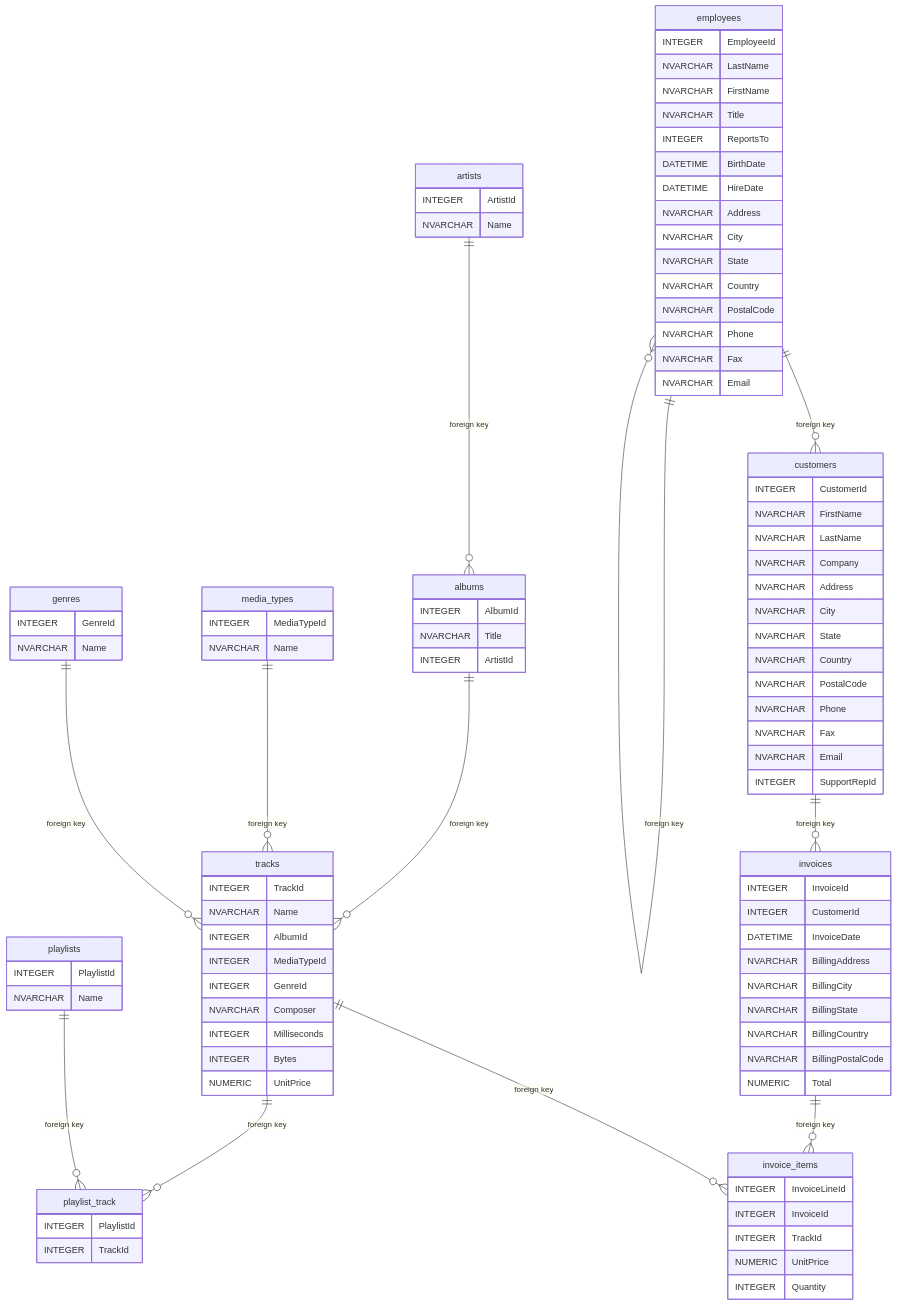
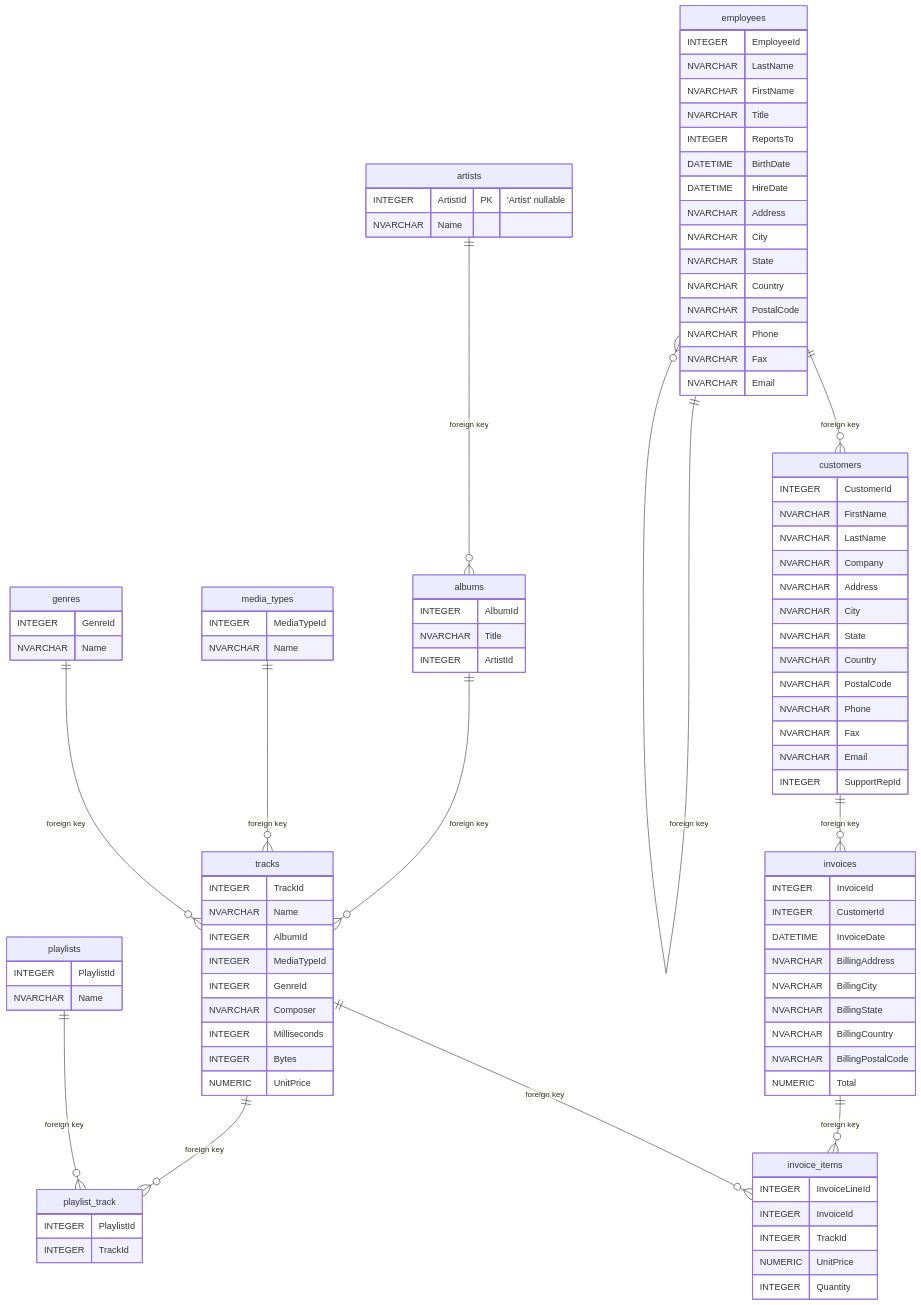
One commit to Software-Developers-IRL/Little-Mermaid-2-The-SQL changed the second of 2 diagrams in samples/chinook-database-2.0.1.md. Above: the diagram before and after it, drawn with Mermaid. The commit also changed 3 other files, not shown here.

```diff
--- a/samples/chinook-database-2.0.1.md
+++ b/samples/chinook-database-2.0.1.md
@@ -11,7 +11,7 @@
 erDiagram
 
   artists {
-    INTEGER ArtistId
+    INTEGER ArtistId PK "'Artist' nullable"
     NVARCHAR Name
   }
 
```
